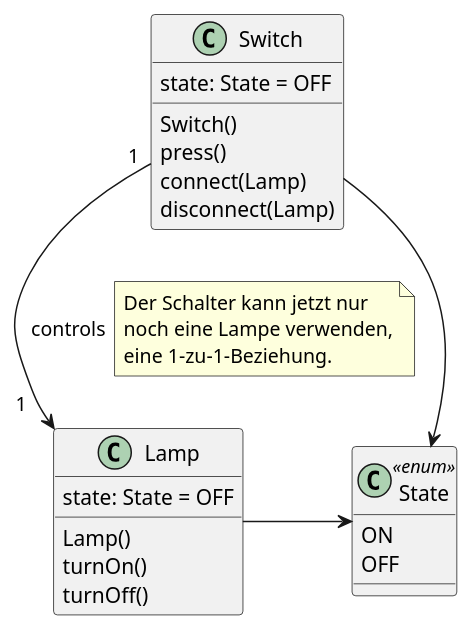
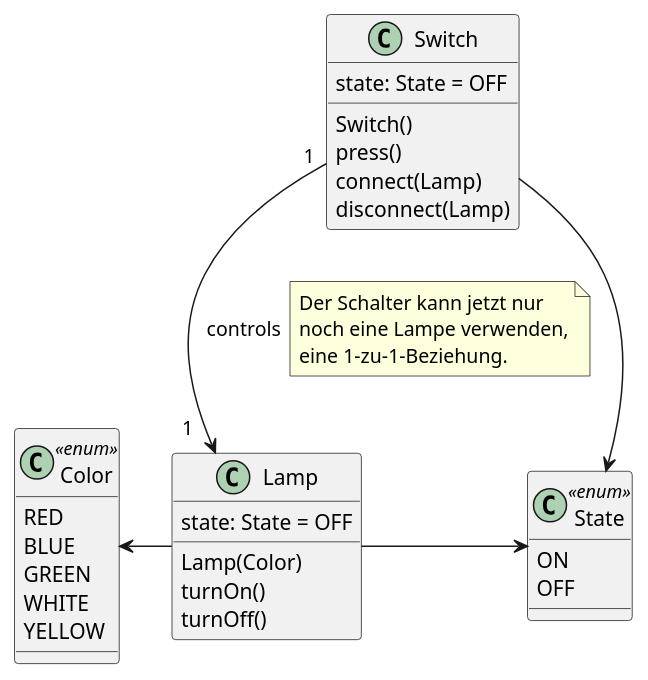
Before and after one commit to andrebauer/unterricht: the second of 2 diagrams in docs/anwendungsentwicklung/oop-java-einstieg/information-objektorientierte-programmierung-mit-java.adoc, drawn with PlantUML. The commit also changed other lines of this file and 11 other files, not shown here.

```diff
--- a/docs/anwendungsentwicklung/oop-java-einstieg/information-objektorientierte-programmierung-mit-java.adoc
+++ b/docs/anwendungsentwicklung/oop-java-einstieg/information-objektorientierte-programmierung-mit-java.adoc
@@ -116,32 +128,42 @@
 [plantuml, {prefix}-klassendiagramm-schalter-lampe-vereinfacht, svg]
 ....
 class "State" << enum >> {
   ON
   OFF
 }
 
 class "Switch" as switch1 {
   state: State = OFF
   Switch()
   press()
   connect(Lamp)
   disconnect(Lamp)
-} 
+}
+
+class "Color" << enum >> {
+  RED
+  BLUE
+  GREEN
+  WHITE
+  YELLOW
+}
 
 class "Lamp" as lamp1 {
   state: State = OFF
-  Lamp()
+  Lamp(Color)
   turnOn()
   turnOff()
 }
 
 switch1 -> State
 lamp1 -> State
 
 switch1 "1" --> "1   " lamp1 : controls
 note right on link
   Der Schalter kann jetzt nur
   noch eine Lampe verwenden,
   eine 1-zu-1-Beziehung.
 end note
+
+Color <- lamp1
 ....
```
